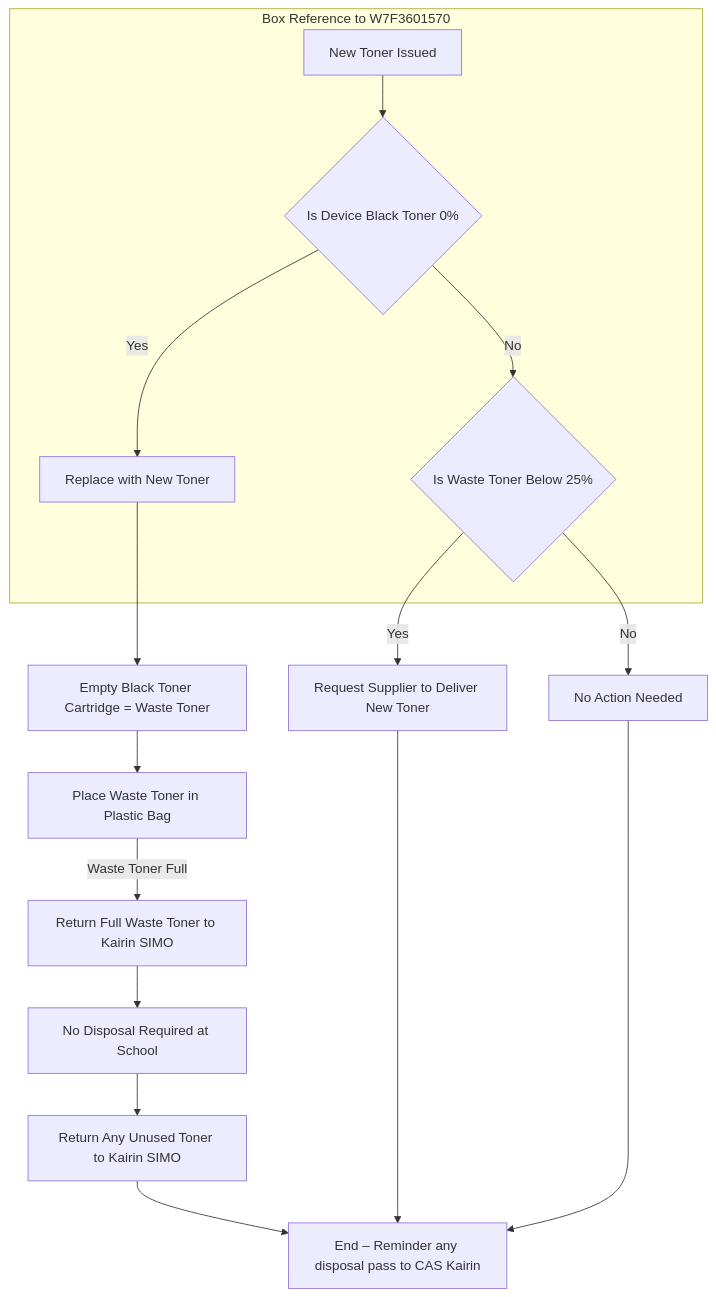
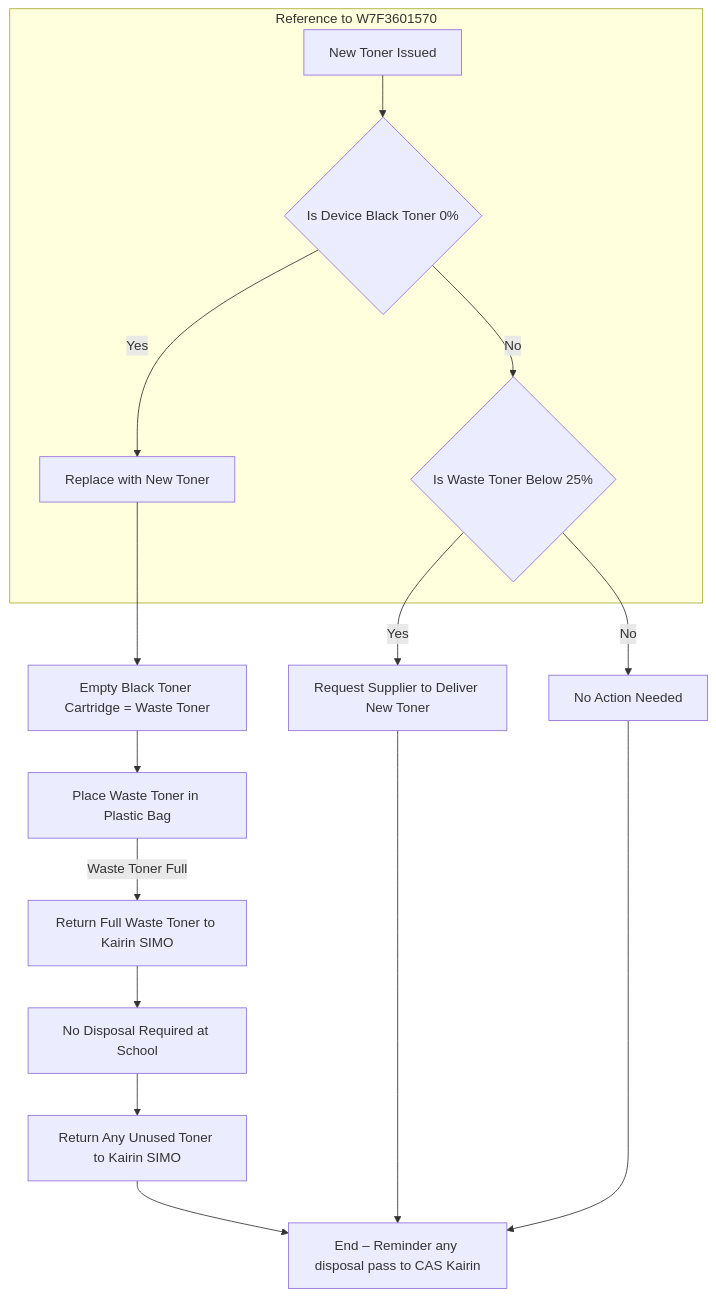
Before and after one commit to kairin/mermaid: the diagram in CAS/Kyocera/disposal.md, drawn with Mermaid.

````diff
--- a/CAS/Kyocera/disposal.md
+++ b/CAS/Kyocera/disposal.md
@@ -1,18 +1,18 @@
 ```mermaid
 graph TD
-subgraph Box Reference to W7F3601570
+subgraph Reference to W7F3601570
     A[New Toner Issued] --> B{Is Device Black Toner 0%}
     B -- Yes --> C[Replace with New Toner]
     B -- No --> L{Is Waste Toner Below 25%}
 end
     C --> D[Empty Black Toner Cartridge = Waste Toner]
     D --> E[Place Waste Toner in Plastic Bag]
     E -- Waste Toner Full --> G[Return Full Waste Toner to Kairin SIMO]
     G --> H[No Disposal Required at School]
     H --> I[Return Any Unused Toner to Kairin SIMO]
     L -- Yes --> M[Request Supplier to Deliver New Toner]
     L -- No --> J[No Action Needed]
     J --> K[End – Reminder any disposal pass to CAS Kairin]
     I --> K
     M --> K
 ```
````
